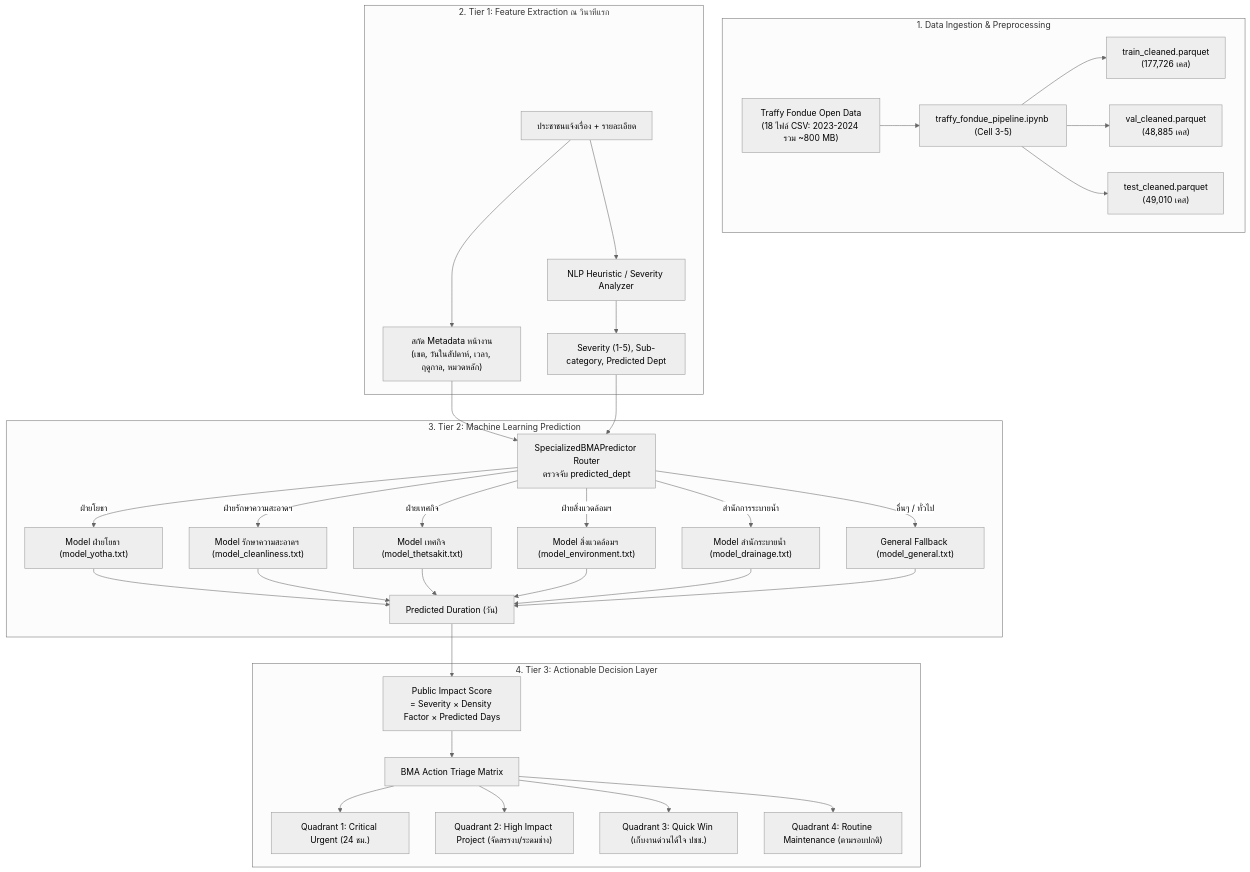
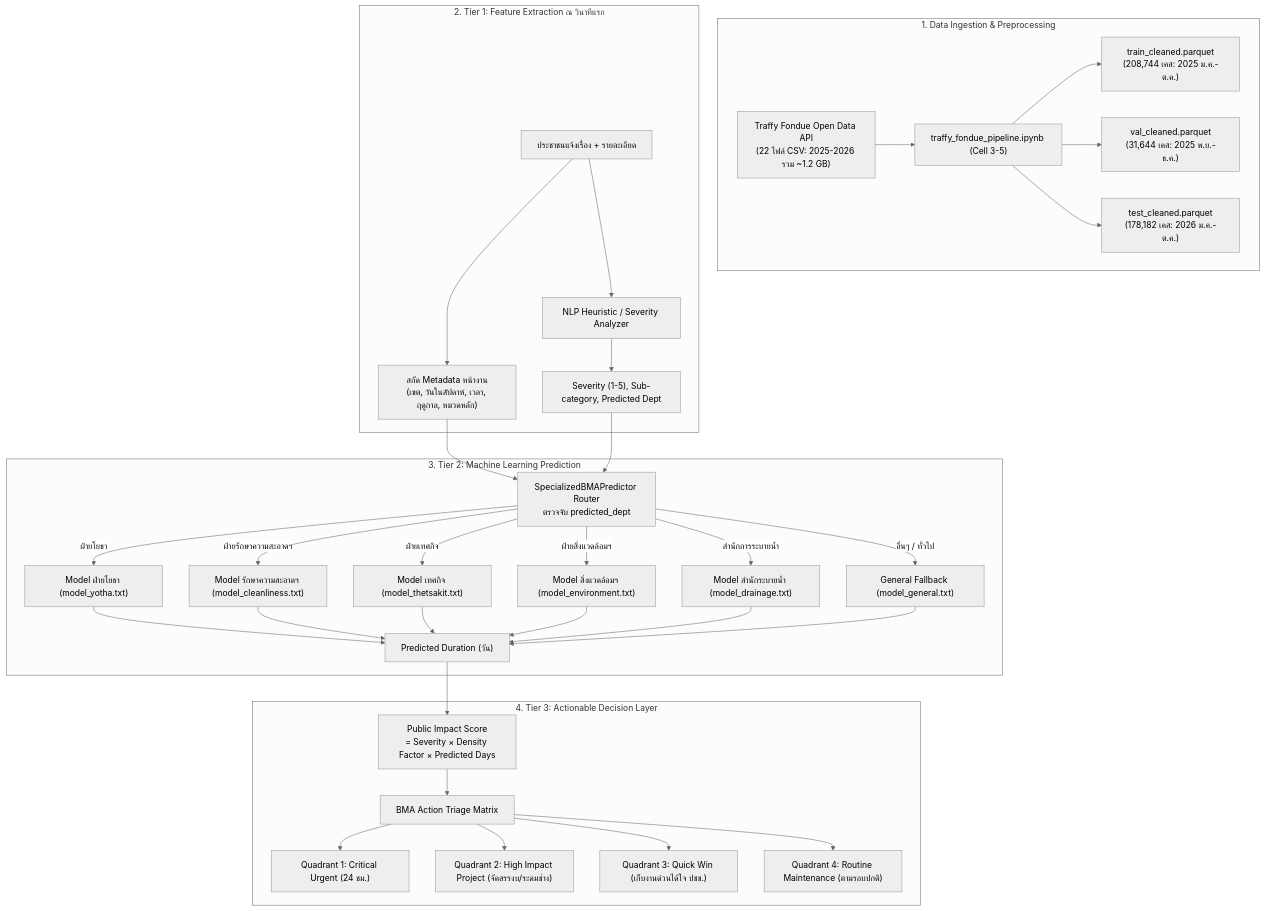
One commit to dewdew978/traffy-fondue-ml- changed the diagram in SYSTEM_DOCUMENTATION.md. Above: the diagram before and after it, drawn with Mermaid (neutral theme). The commit also changed other lines of this file and 22 other files, not shown here.

Commit message:
feat(pipeline): train on 2025 and test on 2026 with updated benchmark reports

````diff
--- a/SYSTEM_DOCUMENTATION.md
+++ b/SYSTEM_DOCUMENTATION.md
@@ -53,35 +53,35 @@
 ```mermaid
 flowchart TD
     subgraph DataIngestion["1. Data Ingestion & Preprocessing"]
-        A["Traffy Fondue Open Data<br>(18 ไฟล์ CSV: 2023-2024 รวม ~800 MB)"] --> B["traffy_fondue_pipeline.ipynb (Cell 3-5)"]
-        B --> C1["train_cleaned.parquet<br>(177,726 เคส)"]
-        B --> C2["val_cleaned.parquet<br>(48,885 เคส)"]
-        B --> C3["test_cleaned.parquet<br>(49,010 เคส)"]
+        A["Traffy Fondue Open Data API<br>(22 ไฟล์ CSV: 2025-2026 รวม ~1.2 GB)"] --> B["traffy_fondue_pipeline.ipynb (Cell 3-5)"]
+        B --> C1["train_cleaned.parquet<br>(208,744 เคส: 2025 ม.ค.-ต.ค.)"]
+        B --> C2["val_cleaned.parquet<br>(31,644 เคส: 2025 พ.ย.-ธ.ค.)"]
+        B --> C3["test_cleaned.parquet<br>(178,182 เคส: 2026 ม.ค.-ต.ค.)"]
     end
 
     subgraph FeatureTier["2. Tier 1: Feature Extraction ณ วินาทีแรก"]
         D["ประชาชนแจ้งเรื่อง + รายละเอียด"] --> E1["สกัด Metadata หน้างาน<br>(เขต, วันในสัปดาห์, เวลา, ฤดูกาล, หมวดหลัก)"]
         D --> E2["NLP Heuristic / Severity Analyzer"]
         E2 --> E3["Severity (1-5), Sub-category, Predicted Dept"]
     end
 
     subgraph ModelTier["3. Tier 2: Machine Learning Prediction"]
         E1 & E3 --> F["SpecializedBMAPredictor Router<br>ตรวจจับ predicted_dept"]
         F -->|"ฝ่ายโยธา"| M1["Model ฝ่ายโยธา (model_yotha.txt)"]
         F -->|"ฝ่ายรักษาความสะอาดฯ"| M2["Model รักษาความสะอาดฯ (model_cleanliness.txt)"]
         F -->|"ฝ่ายเทศกิจ"| M3["Model เทศกิจ (model_thetsakit.txt)"]
         F -->|"ฝ่ายสิ่งแวดล้อมฯ"| M4["Model สิ่งแวดล้อมฯ (model_environment.txt)"]
         F -->|"สำนักการระบายน้ำ"| M5["Model สำนักระบายน้ำ (model_drainage.txt)"]
         F -->|"อื่นๆ / ทั่วไป"| M6["General Fallback (model_general.txt)"]
         M1 & M2 & M3 & M4 & M5 & M6 --> G["Predicted Duration (วัน)"]
     end
 
     subgraph DecisionTier["4. Tier 3: Actionable Decision Layer"]
         G --> H["Public Impact Score<br>= Severity × Density Factor × Predicted Days"]
         H --> I["BMA Action Triage Matrix"]
         I --> J1["Quadrant 1: Critical Urgent (24 ชม.)"]
         I --> J2["Quadrant 2: High Impact Project (จัดสรรงบ/ระดมช่าง)"]
         I --> J3["Quadrant 3: Quick Win (เก็บงานด่วนได้ใจ ปชช.)"]
         I --> J4["Quadrant 4: Routine Maintenance (ตามรอบปกติ)"]
     end
 ```
````
